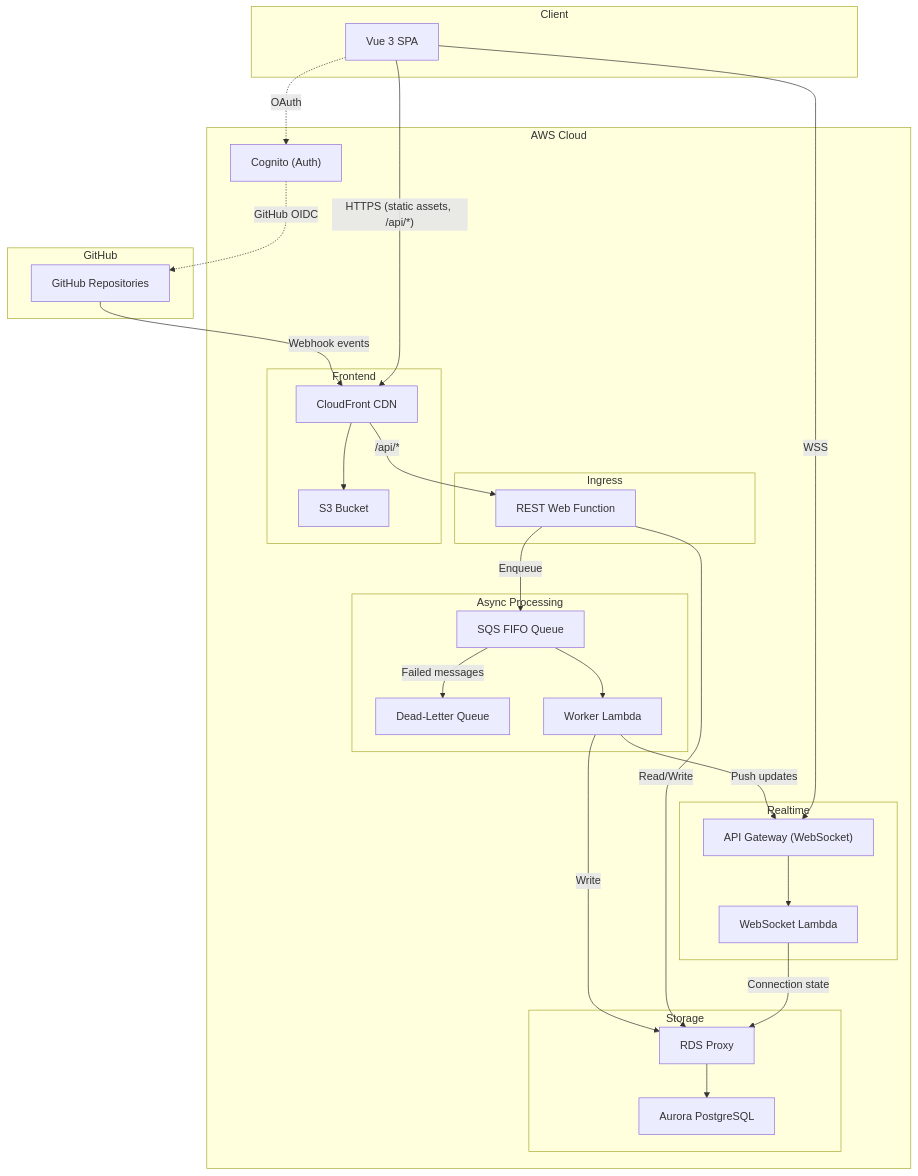
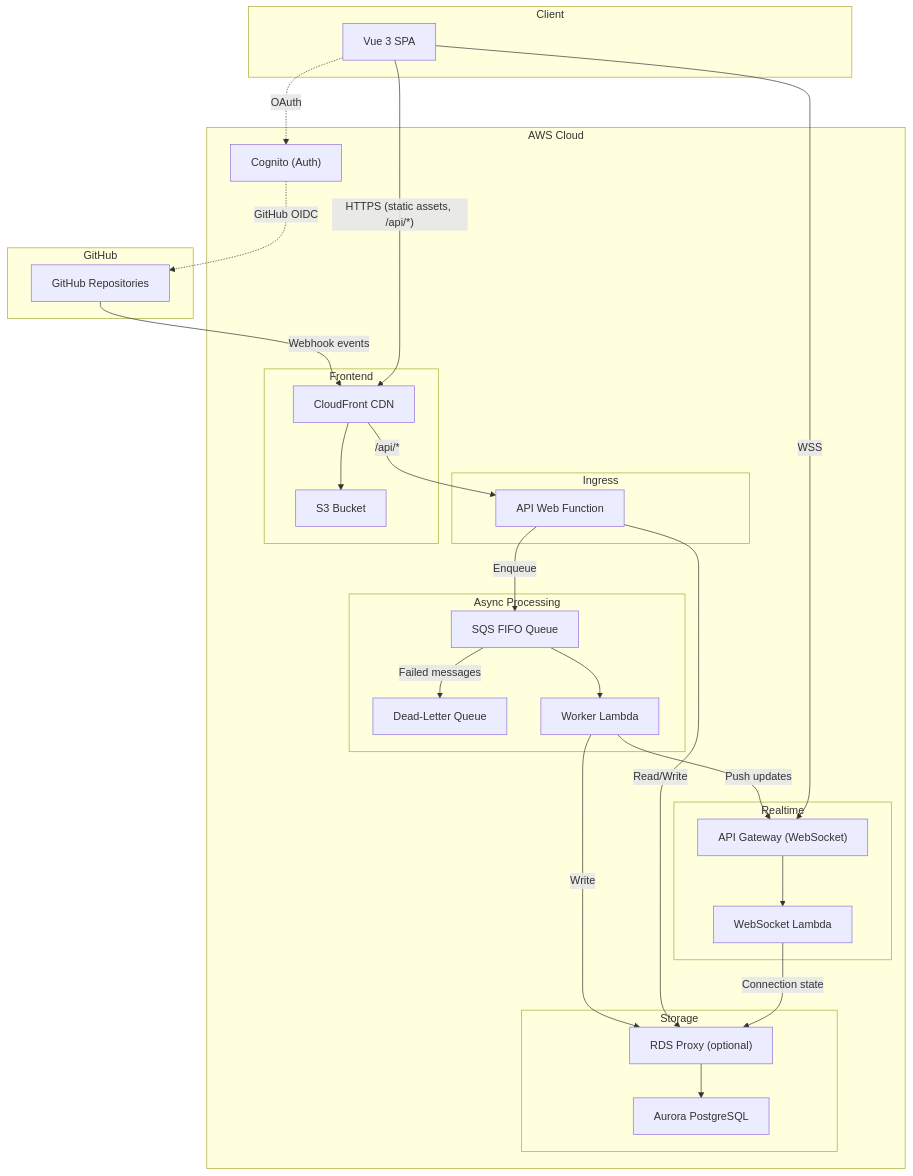
Before and after one commit to Mi3-14159/GitGazer: the diagram in apps/docs/docs/technical/architecture-overview.md, drawn with Mermaid. The commit also changed other lines of this file and 27 other files, not shown here.

````diff
--- a/apps/docs/docs/technical/architecture-overview.md
+++ b/apps/docs/docs/technical/architecture-overview.md
@@ -13,56 +13,56 @@
 ```mermaid
 graph TB
     subgraph GitHub
         GH[GitHub Repositories]
     end
 
     subgraph AWS["AWS Cloud"]
         subgraph Ingress
-            REST["REST Web Function"]
+            REST["API Web Function"]
         end
 
         subgraph Async["Async Processing"]
             SQS["SQS FIFO Queue"]
             DLQ["Dead-Letter Queue"]
             WORKER["Worker Lambda"]
         end
 
         subgraph Realtime
             WSGW["API Gateway (WebSocket)"]
             WSLAMBDA["WebSocket Lambda"]
         end
 
         subgraph Storage
             RDS["Aurora PostgreSQL"]
-            PROXY["RDS Proxy"]
+            PROXY["RDS Proxy (optional)"]
         end
 
         subgraph Frontend
             CF["CloudFront CDN"]
             S3["S3 Bucket"]
         end
 
         COGNITO["Cognito (Auth)"]
     end
 
     subgraph Client
         SPA["Vue 3 SPA"]
     end
 
     GH -- "Webhook events" --> CF
     CF -- "/api/*" --> REST
     REST -- "Enqueue" --> SQS
     SQS --> WORKER
     SQS -- "Failed messages" --> DLQ
     WORKER -- "Write" --> PROXY
     PROXY --> RDS
     WORKER -- "Push updates" --> WSGW
     REST -- "Read/Write" --> PROXY
     CF --> S3
     SPA -- "WSS" --> WSGW
     SPA -- "HTTPS (static assets, /api/*)" --> CF
     WSGW --> WSLAMBDA
     WSLAMBDA -- "Connection state" --> PROXY
     SPA -. "OAuth" .-> COGNITO
     COGNITO -. "GitHub OIDC" .-> GH
 ```
````
